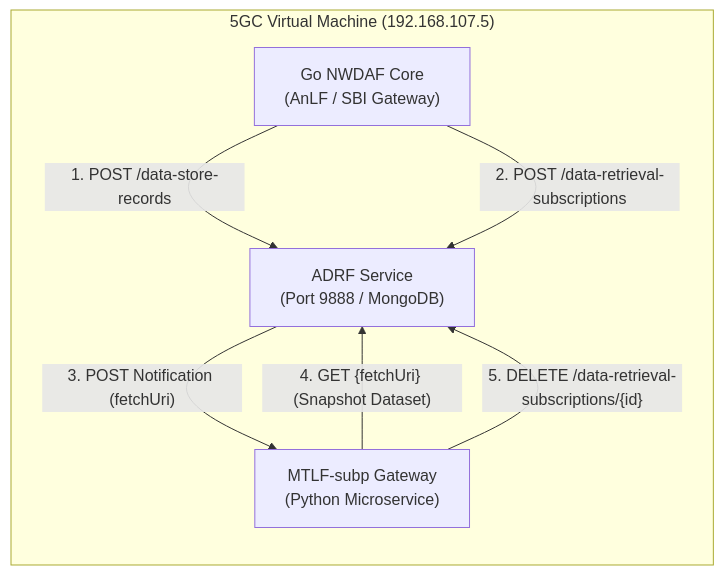
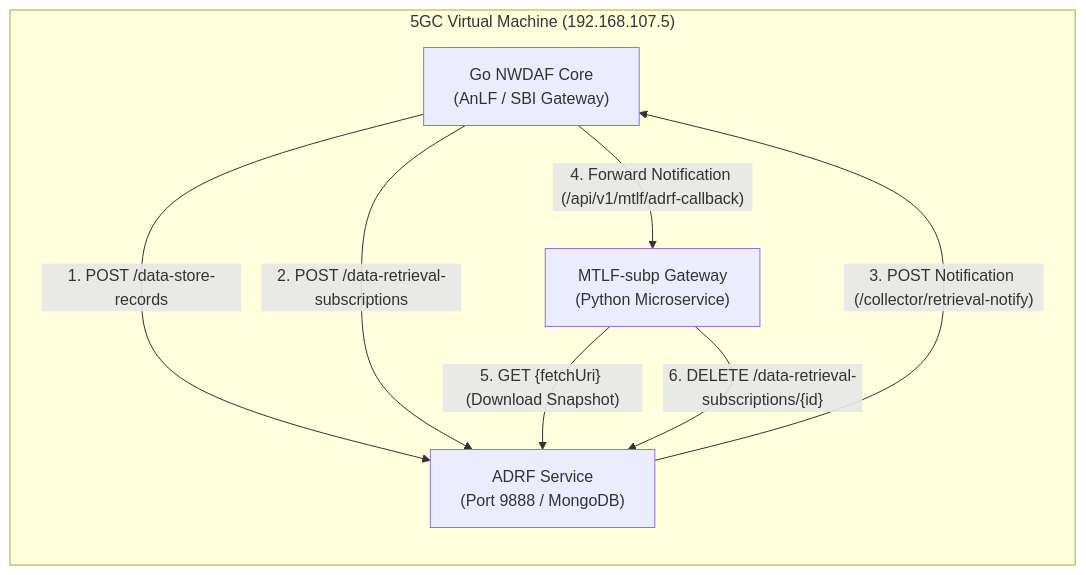
The first of 2 diagrams in README.md (Intelligent-Systems-Lab/adrf), drawn with Mermaid before and after one commit. The commit also changed other lines of this file, not shown here.

Commit message:
docs: correct ADRF notification routing to show Go NWDAF receiving and forwarding

````diff
--- a/README.md
+++ b/README.md
@@ -11,14 +11,15 @@
 ```mermaid
 graph LR
     subgraph VM ["5GC Virtual Machine (192.168.107.5)"]
         NWDAF["Go NWDAF Core<br/>(AnLF / SBI Gateway)"]
         ADRF["ADRF Service<br/>(Port 9888 / MongoDB)"]
         MTLF["MTLF-subp Gateway<br/>(Python Microservice)"]
     end
 
     NWDAF -- "1. POST /data-store-records" --> ADRF
     NWDAF -- "2. POST /data-retrieval-subscriptions" --> ADRF
-    ADRF -- "3. POST Notification (fetchUri)" --> MTLF
-    MTLF -- "4. GET {fetchUri} (Snapshot Dataset)" --> ADRF
-    MTLF -- "5. DELETE /data-retrieval-subscriptions/{id}" --> ADRF
+    ADRF -- "3. POST Notification (/collector/retrieval-notify)" --> NWDAF
+    NWDAF -- "4. Forward Notification (/api/v1/mtlf/adrf-callback)" --> MTLF
+    MTLF -- "5. GET {fetchUri} (Download Snapshot)" --> ADRF
+    MTLF -- "6. DELETE /data-retrieval-subscriptions/{id}" --> ADRF
 ```
````
